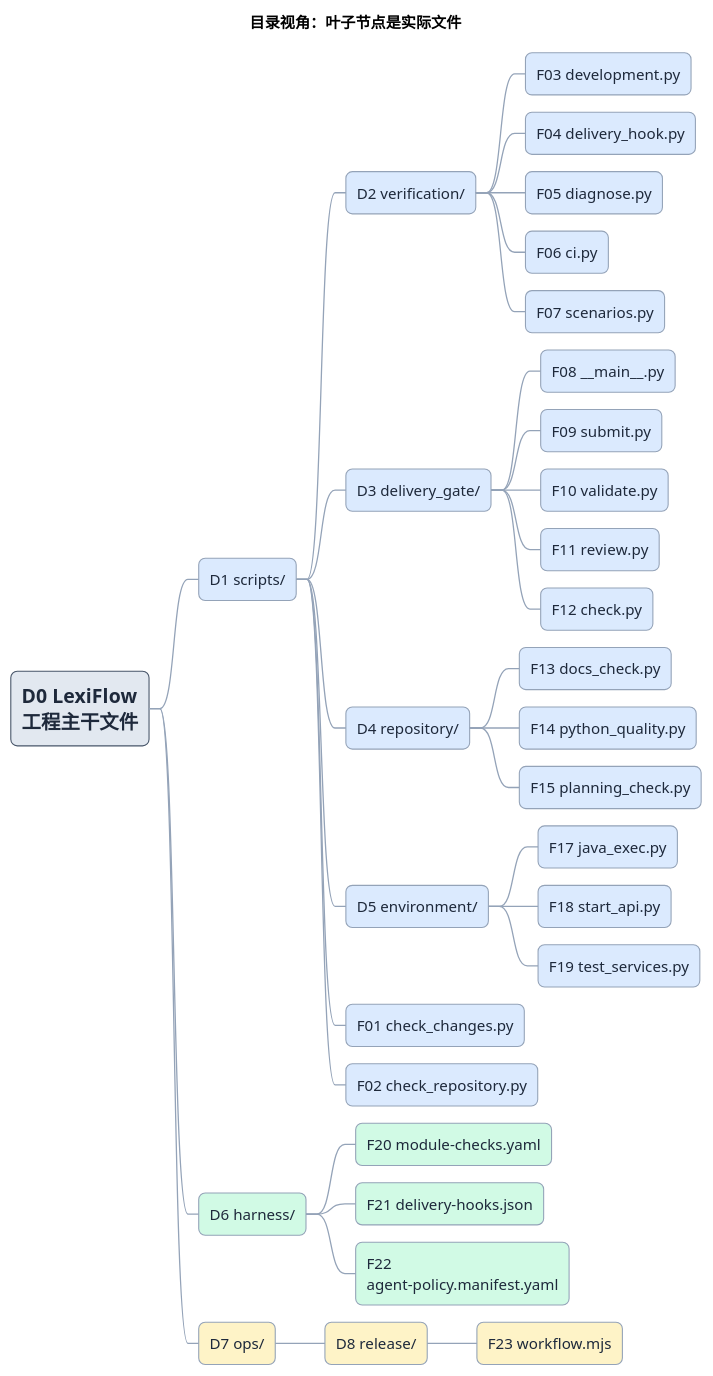
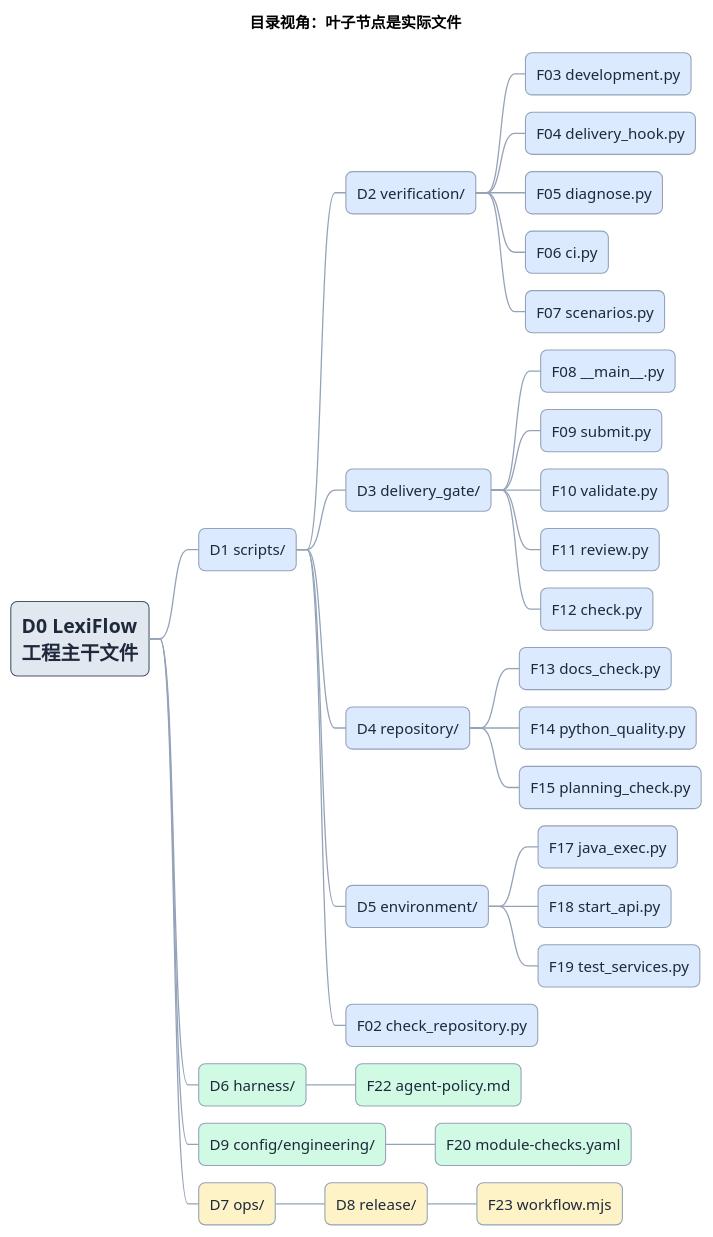
One commit to iampkuhz/lexiflow changed the first of 2 diagrams in docs/system/engineering.md. Above: the diagram before and after it, drawn with PlantUML. The commit also changed other lines of this file and 493 other files, not shown here.

````diff
--- a/docs/system/engineering.md
+++ b/docs/system/engineering.md
@@ -17,62 +17,61 @@
 ```plantuml
 @startmindmap
 skinparam backgroundColor #FFFFFF
 skinparam shadowing false
 <style>
 mindmapDiagram {
   node {
     FontColor #1E293B
     FontSize 14
     LineColor #94A3B8
     LineThickness 1
     RoundCorner 12
     Padding 10
     Margin 8
     MaximumWidth 180
   }
   rootNode {
     FontSize 18
     FontStyle bold
     LineColor #475569
   }
   arrow {
     LineColor #94A3B8
     LineThickness 1.2
   }
 }
 </style>
 title 目录视角<U+FF1A>叶子节点是实际文件
 
 +[#E2E8F0] D0 LexiFlow 工程主干文件
 ++[#DBEAFE] D1 scripts<U+002F>
 +++[#DBEAFE] D2 verification<U+002F>
 ++++[#DBEAFE] F03 development<U+002E>py
 ++++[#DBEAFE] F04 delivery<U+005F>hook<U+002E>py
 ++++[#DBEAFE] F05 diagnose<U+002E>py
 ++++[#DBEAFE] F06 ci<U+002E>py
 ++++[#DBEAFE] F07 scenarios<U+002E>py
 +++[#DBEAFE] D3 delivery<U+005F>gate<U+002F>
 ++++[#DBEAFE] F08 <U+005F><U+005F>main<U+005F><U+005F><U+002E>py
 ++++[#DBEAFE] F09 submit<U+002E>py
 ++++[#DBEAFE] F10 validate<U+002E>py
 ++++[#DBEAFE] F11 review<U+002E>py
 ++++[#DBEAFE] F12 check<U+002E>py
 +++[#DBEAFE] D4 repository<U+002F>
 ++++[#DBEAFE] F13 docs<U+005F>check<U+002E>py
 ++++[#DBEAFE] F14 python<U+005F>quality<U+002E>py
 ++++[#DBEAFE] F15 planning<U+005F>check<U+002E>py
 +++[#DBEAFE] D5 environment<U+002F>
 ++++[#DBEAFE] F17 java<U+005F>exec<U+002E>py
 ++++[#DBEAFE] F18 start<U+005F>api<U+002E>py
 ++++[#DBEAFE] F19 test<U+005F>services<U+002E>py
-+++[#DBEAFE] F01 check<U+005F>changes<U+002E>py
 +++[#DBEAFE] F02 check<U+005F>repository<U+002E>py
 ++[#D1FAE5] D6 harness<U+002F>
++++[#D1FAE5] F22 agent<U+002D>policy<U+002E>md
+++[#D1FAE5] D9 config<U+002F>engineering<U+002F>
 +++[#D1FAE5] F20 module<U+002D>checks<U+002E>yaml
-+++[#D1FAE5] F21 delivery<U+002D>hooks<U+002E>json
-+++[#D1FAE5] F22 agent<U+002D>policy<U+002E>manifest<U+002E>yaml
 ++[#FEF3C7] D7 ops<U+002F>
 +++[#FEF3C7] D8 release<U+002F>
 ++++[#FEF3C7] F23 workflow<U+002E>mjs
 @endmindmap
 ```
````
